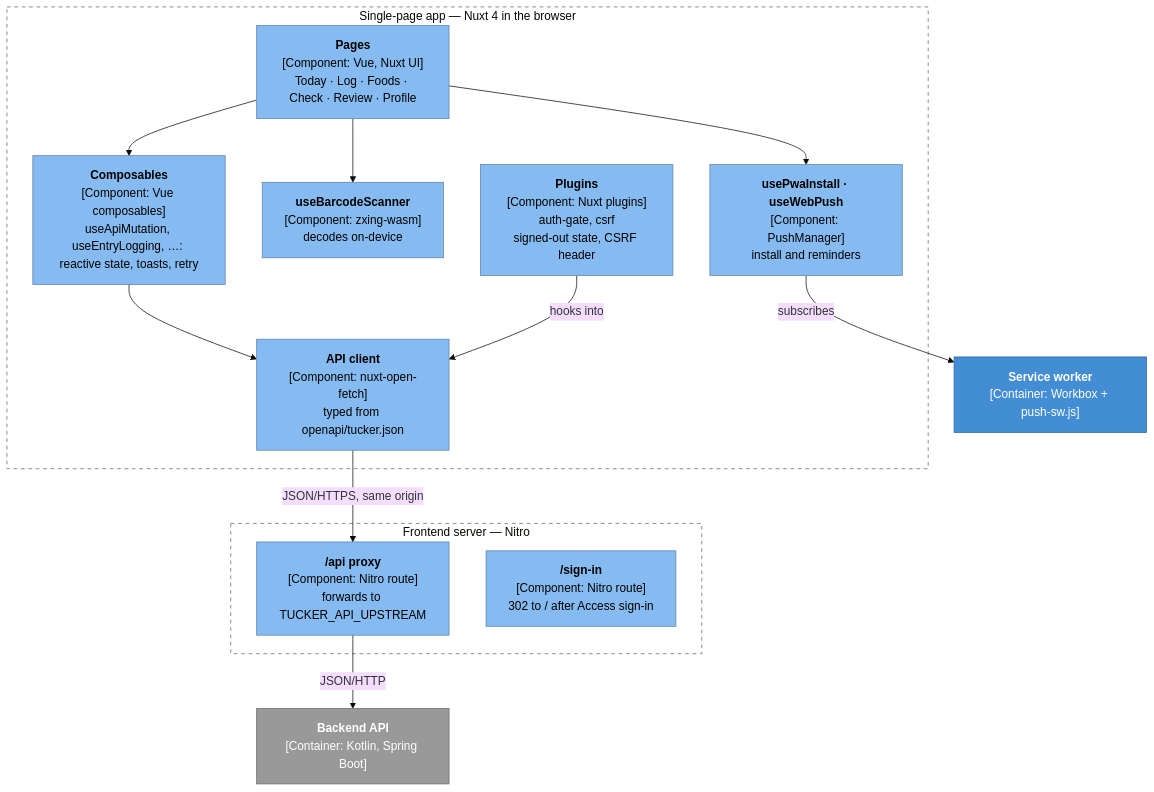
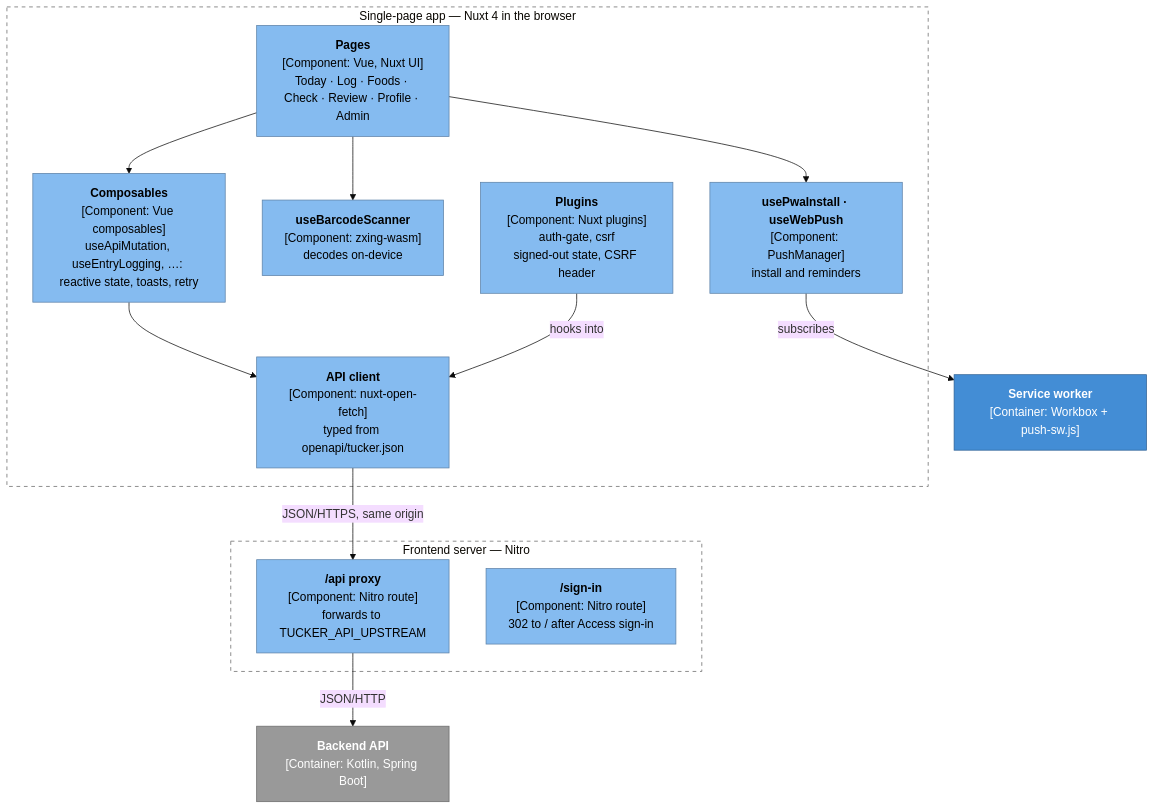
One commit to skrymer/tucker changed the eighth of 10 diagrams in docs/architecture.md. Above: the diagram before and after it, drawn with Mermaid (base theme). The commit also changed 9 other files, not shown here.

````diff
--- a/docs/architecture.md
+++ b/docs/architecture.md
@@ -339,33 +339,33 @@
 ```mermaid
 flowchart TD
   subgraph spa["Single-page app — Nuxt 4 in the browser"]
-    pages["<b>Pages</b><br/>[Component: Vue, Nuxt UI]<br/>Today · Log · Foods · Check · Review · Profile"]:::component
+    pages["<b>Pages</b><br/>[Component: Vue, Nuxt UI]<br/>Today · Log · Foods · Check · Review · Profile · Admin"]:::component
     composables["<b>Composables</b><br/>[Component: Vue composables]<br/>useApiMutation, useEntryLogging, …: reactive state, toasts, retry"]:::component
     scanner["<b>useBarcodeScanner</b><br/>[Component: zxing-wasm]<br/>decodes on-device"]:::component
     pwa["<b>usePwaInstall · useWebPush</b><br/>[Component: PushManager]<br/>install and reminders"]:::component
     plugins["<b>Plugins</b><br/>[Component: Nuxt plugins]<br/>auth-gate, csrf<br/>signed-out state, CSRF header"]:::component
     client["<b>API client</b><br/>[Component: nuxt-open-fetch]<br/>typed from openapi/tucker.json"]:::component
   end
   sw["<b>Service worker</b><br/>[Container: Workbox + push-sw.js]"]:::container
 
   subgraph nitro["Frontend server — Nitro"]
     proxy["<b>/api proxy</b><br/>[Component: Nitro route]<br/>forwards to TUCKER_API_UPSTREAM"]:::component
     signin["<b>/sign-in</b><br/>[Component: Nitro route]<br/>302 to / after Access sign-in"]:::component
   end
   api["<b>Backend API</b><br/>[Container: Kotlin, Spring Boot]"]:::ext
 
   pages --> composables
   pages --> scanner
   pages --> pwa
   composables --> client
   plugins -- "hooks into" --> client
   client -- "JSON/HTTPS, same origin" --> proxy
   proxy -- "JSON/HTTP" --> api
   pwa -- "subscribes" --> sw
 
   classDef component fill:#85bbf0,color:#000,stroke:#5d82a8
   classDef container fill:#438dd5,color:#fff,stroke:#2e6295
   classDef ext fill:#999,color:#fff,stroke:#6b6b6b
   style spa fill:none,stroke:#666,stroke-dasharray:5 5
   style nitro fill:none,stroke:#666,stroke-dasharray:5 5
 ```
````
